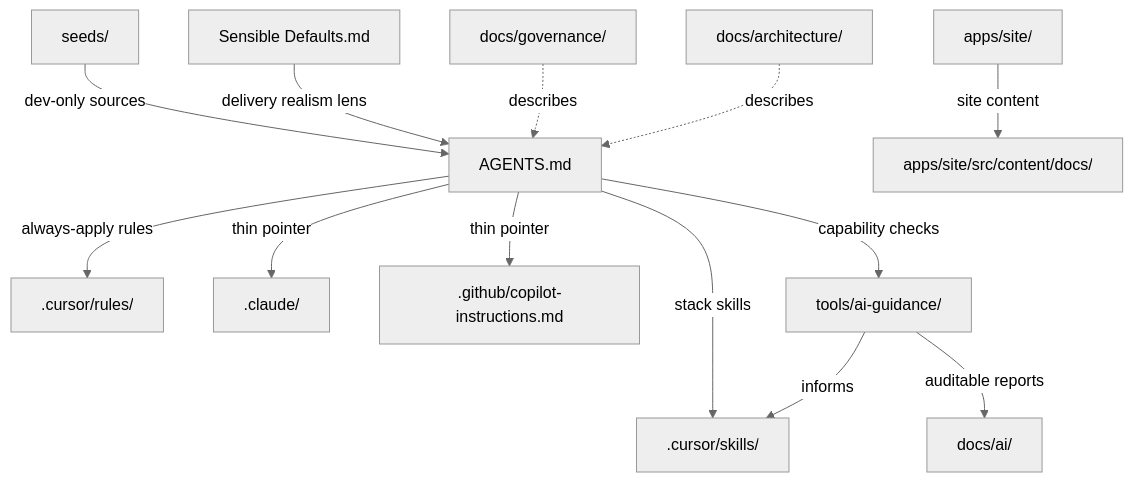
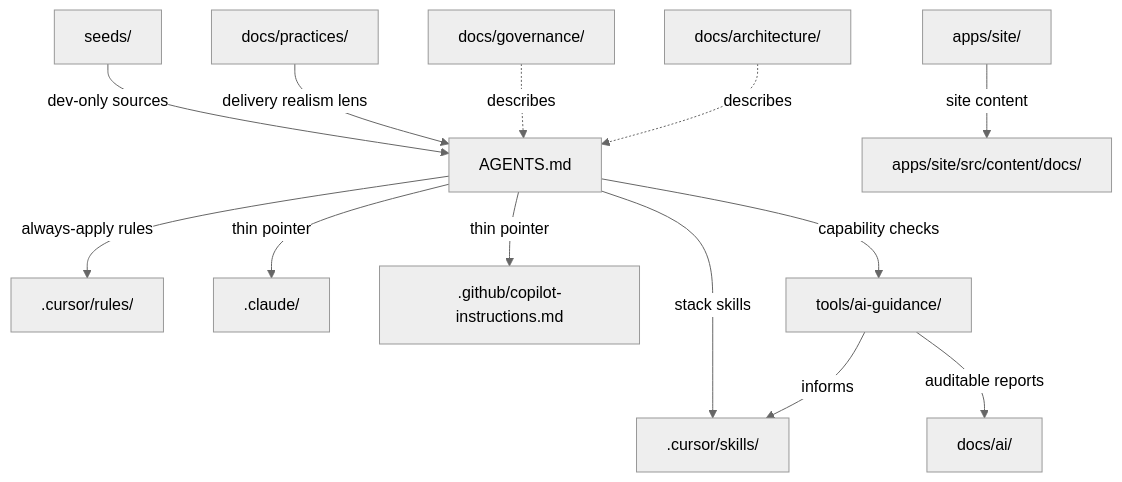
One commit to Mikeys-Tech-Lab/poc changed the diagram in docs/architecture/workspace.md. Above: the diagram before and after it, drawn with Mermaid (neutral theme). The commit also changed other lines of this file and 5 other files, not shown here.

First line of the commit message:
refactor(docs): move Sensible Defaults lens to docs/practices/

````diff
--- a/docs/architecture/workspace.md
+++ b/docs/architecture/workspace.md
@@ -23,19 +23,19 @@
 ```mermaid
 flowchart TD
   Seeds[seeds/] -->|"dev-only sources"| Agents[AGENTS.md]
-  Lens["Sensible Defaults.md"] -->|"delivery realism lens"| Agents
+  Lens["docs/practices/"] -->|"delivery realism lens"| Agents
 
   Agents -->|"always-apply rules"| CursorRules[.cursor/rules/]
   Agents -->|"stack skills"| CursorSkills[.cursor/skills/]
   Agents -->|"thin pointer"| Claude[.claude/]
   Agents -->|"thin pointer"| Copilot[.github/copilot-instructions.md]
 
   Agents -->|"capability checks"| Tooling[tools/ai-guidance/]
   Tooling -->|"auditable reports"| DocsAI[docs/ai/]
   Tooling -->|"informs"| CursorSkills
 
   Governance[docs/governance/] -.->|"describes"| Agents
   Architecture[docs/architecture/] -.->|"describes"| Agents
 
   AstroSite[apps/site/] -->|"site content"| SiteDocs["apps/site/src/content/docs/"]
 ```
````
